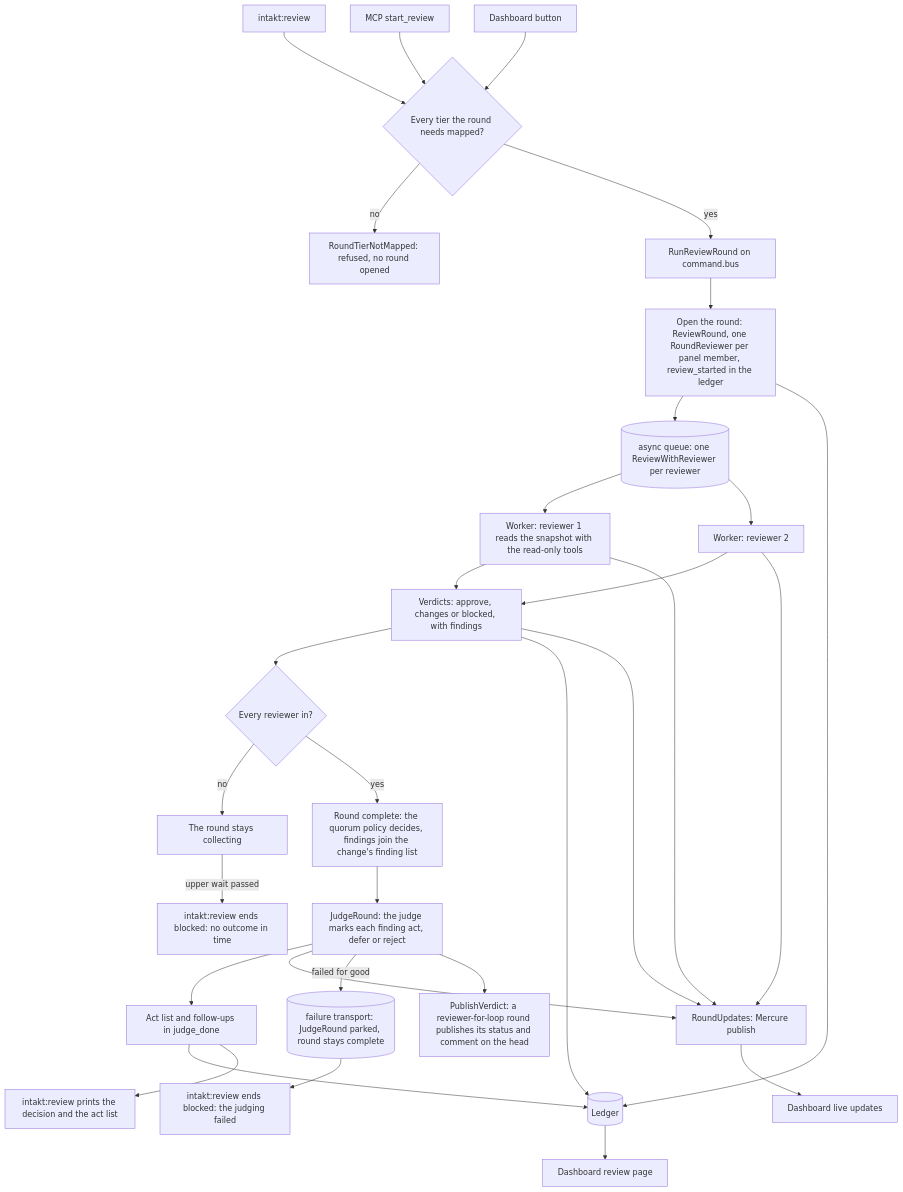
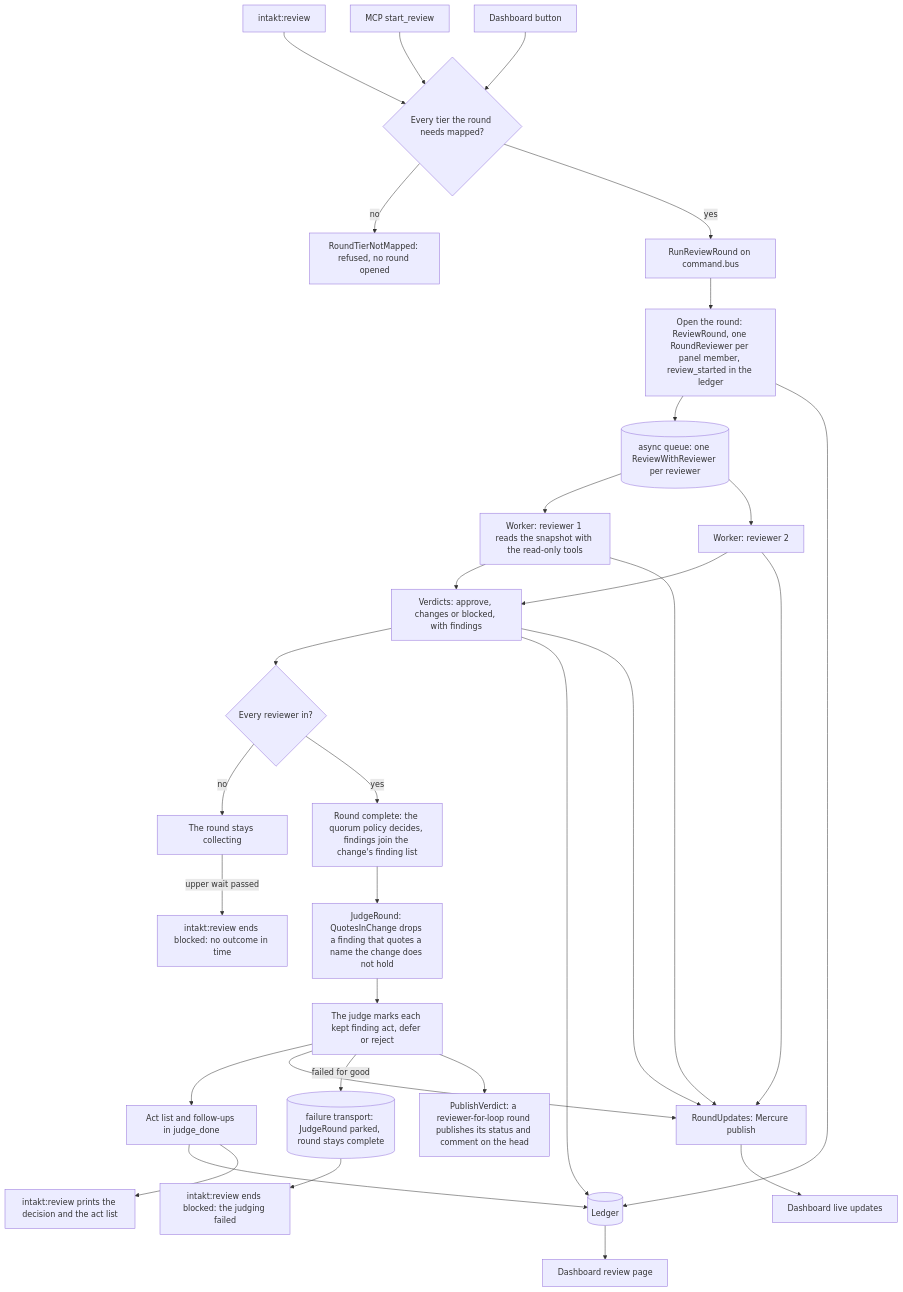
The diagram in docs/architecture/review-flow.md (shinyredapples/intakt), drawn with Mermaid before and after one commit. The commit also changed other lines of this file and 3 other files, not shown here.

Commit message:
docs(review): describe the quote check that drops a finding before the judge

````diff
--- a/docs/architecture/review-flow.md
+++ b/docs/architecture/review-flow.md
@@ -5,32 +5,33 @@
 ```mermaid
 flowchart TD
     cli["intakt:review"] --> start
     mcp["MCP start_review"] --> start
     btn["Dashboard button"] --> start
     start{"Every tier the round needs mapped?"} -->|no| refused["RoundTierNotMapped: refused, no round opened"]
     start -->|yes| run["RunReviewRound on command.bus"] --> open["Open the round: ReviewRound, one RoundReviewer per panel member, review_started in the ledger"]
     open --> queue[("async queue: one ReviewWithReviewer per reviewer")]
     queue --> w1["Worker: reviewer 1 reads the snapshot with the read-only tools"]
     queue --> w2["Worker: reviewer 2"]
     w1 --> verdicts["Verdicts: approve, changes or blocked, with findings"]
     w2 --> verdicts
     verdicts --> complete{"Every reviewer in?"}
     complete -->|no| wait["The round stays collecting"]
     complete -->|yes| quorum["Round complete: the quorum policy decides, findings join the change's finding list"]
-    quorum --> judge["JudgeRound: the judge marks each finding act, defer or reject"]
+    quorum --> quotes["JudgeRound: QuotesInChange drops a finding that quotes a name the change does not hold"]
+    quotes --> judge["The judge marks each kept finding act, defer or reject"]
     judge --> act["Act list and follow-ups in judge_done"]
     act --> ledger[("Ledger")]
     open --> ledger
     verdicts --> ledger
     ledger --> dash["Dashboard review page"]
     w1 --> updates["RoundUpdates: Mercure publish"]
     w2 --> updates
     verdicts --> updates
     judge --> updates
     updates --> live["Dashboard live updates"]
     act --> out["intakt:review prints the decision and the act list"]
     judge -->|failed for good| failed[("failure transport: JudgeRound parked, round stays complete")]
     failed --> outFailed["intakt:review ends blocked: the judging failed"]
     wait -->|upper wait passed| outLate["intakt:review ends blocked: no outcome in time"]
     judge --> publish["PublishVerdict: a reviewer-for-loop round publishes its status and comment on the head"]
 ```
````
